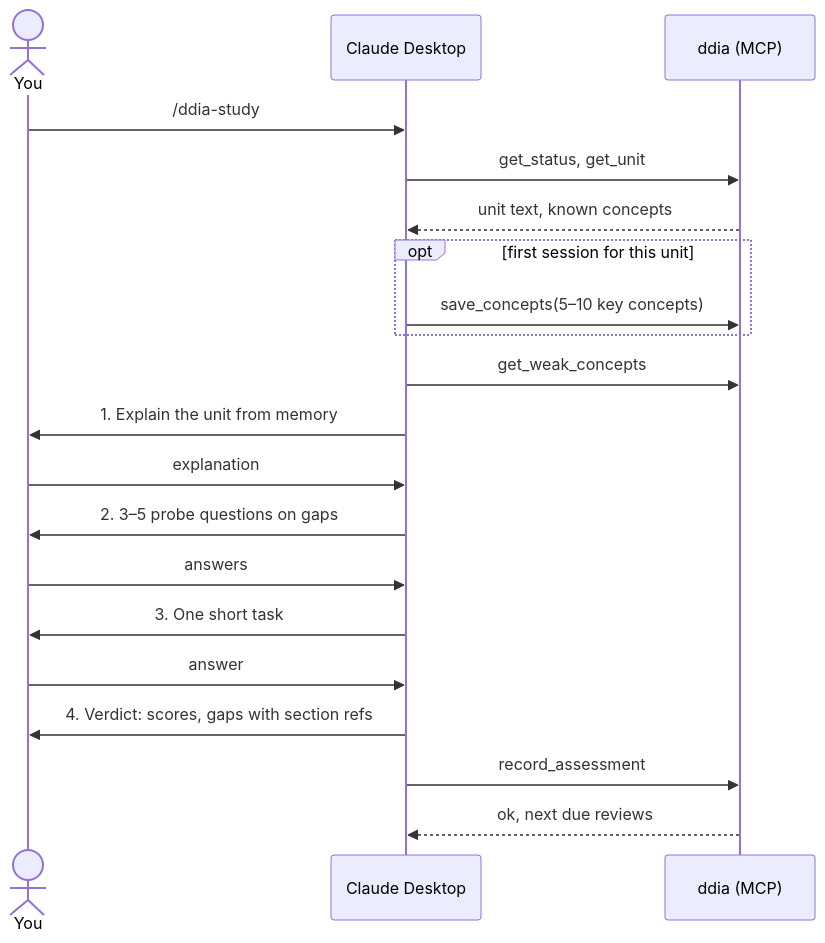
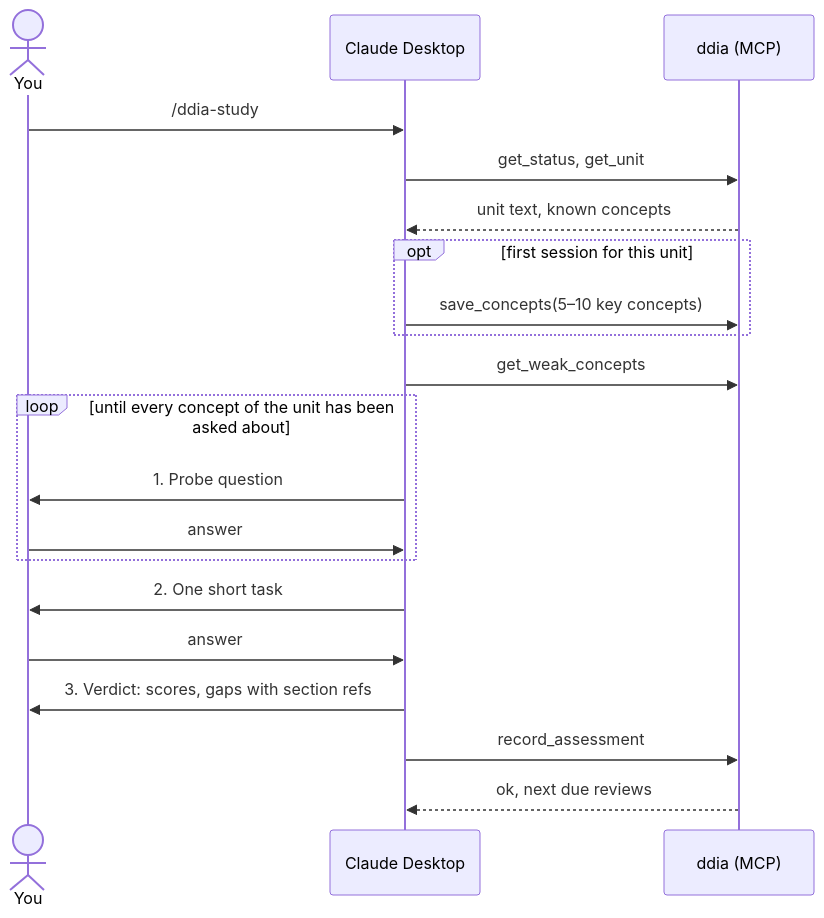
One commit to paulnopaul/ddia-assist changed the diagram in docs/spec/04-study-session.md. Above: the diagram before and after it, drawn with Mermaid. The commit also changed other lines of this file and 9 other files, not shown here.

First line of the commit message:
Drop the unit recap and ask a question per concept (SES-1, SES-2)

````diff
--- a/docs/spec/04-study-session.md
+++ b/docs/spec/04-study-session.md
@@ -6,22 +6,22 @@
 ```mermaid
 sequenceDiagram
     actor P as You
     participant C as Claude Desktop
     participant S as ddia (MCP)
     P->>C: /ddia-study
     C->>S: get_status, get_unit
     S-->>C: unit text, known concepts
     opt first session for this unit
         C->>S: save_concepts(5–10 key concepts)
     end
     C->>S: get_weak_concepts
-    C->>P: 1. Explain the unit from memory
-    P->>C: explanation
-    C->>P: 2. 3–5 probe questions on gaps
-    P->>C: answers
-    C->>P: 3. One short task
+    loop until every concept of the unit has been asked about
+        C->>P: 1. Probe question
+        P->>C: answer
+    end
+    C->>P: 2. One short task
     P->>C: answer
-    C->>P: 4. Verdict: scores, gaps with section refs
+    C->>P: 3. Verdict: scores, gaps with section refs
     C->>S: record_assessment
     S-->>C: ok, next due reviews
 ```
````
